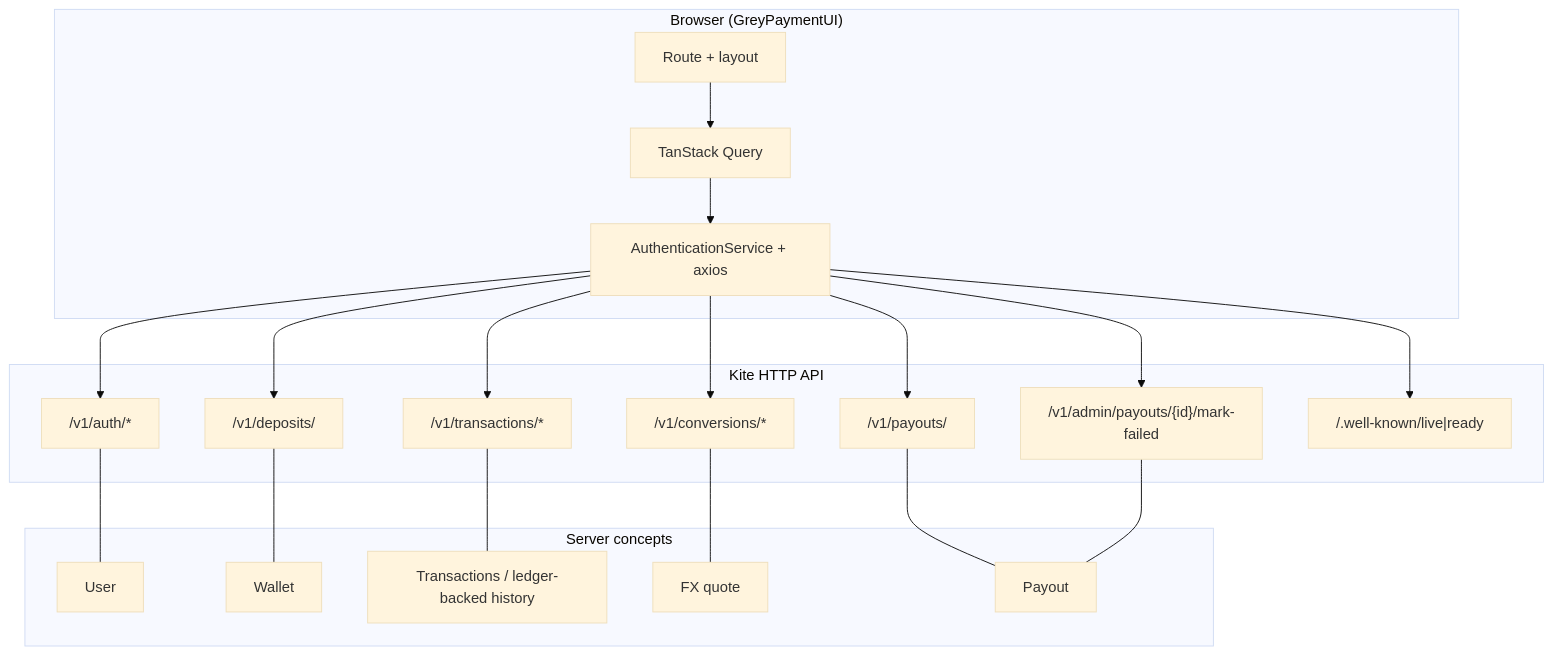
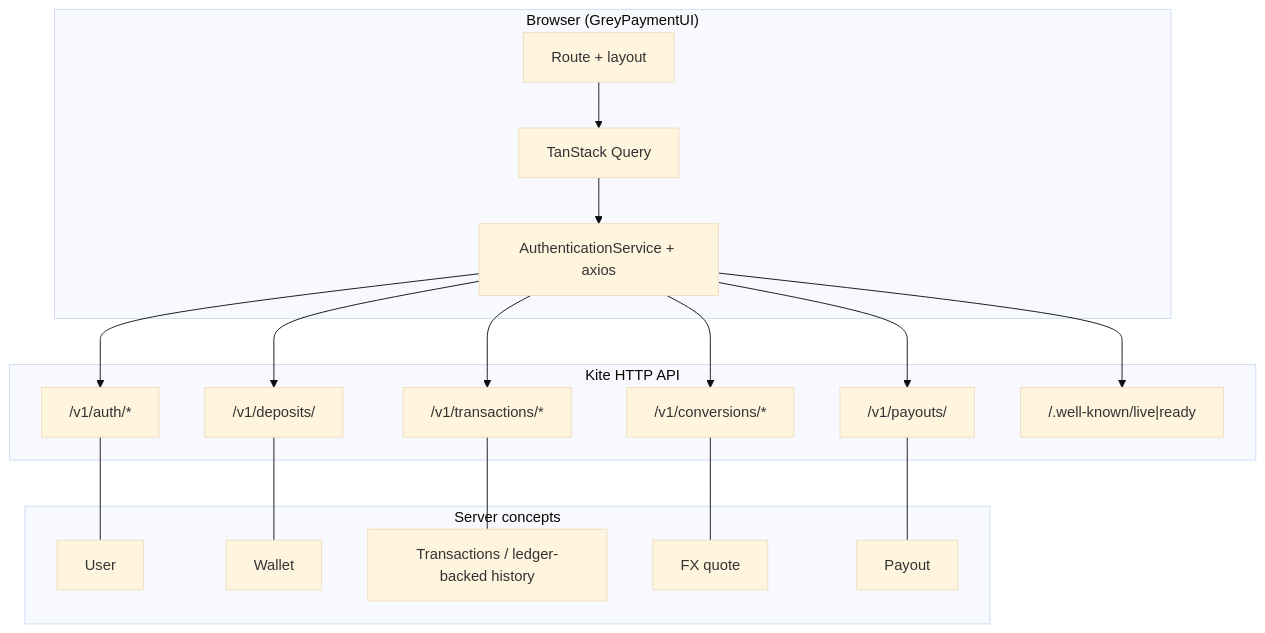
One commit to dolapo098/kite_ui changed the diagram in README.md. Above: the diagram before and after it, drawn with Mermaid (base theme). The commit also changed other lines of this file and 5 other files, not shown here.

````diff
--- a/README.md
+++ b/README.md
@@ -50,43 +96,40 @@
 ```mermaid
 flowchart TB
   subgraph Browser["Browser (GreyPaymentUI)"]
     RS[Route + layout]
     RQ[TanStack Query]
     SVC[AuthenticationService + axios]
     RS --> RQ
     RQ --> SVC
   end
 
   subgraph API["Kite HTTP API"]
     A1["/v1/auth/*"]
     A2["/v1/deposits/"]
     A3["/v1/conversions/*"]
     A4["/v1/payouts/"]
-    A5["/v1/admin/payouts/{id}/mark-failed"]
     A6["/v1/transactions/*"]
     H["/.well-known/live|ready"]
   end
 
   SVC --> A1
   SVC --> A2
   SVC --> A3
   SVC --> A4
-  SVC --> A5
   SVC --> A6
   SVC --> H
 
   subgraph Entities["Server concepts"]
     U[User]
     W[Wallet]
     LT[Transactions / ledger-backed history]
     Q[FX quote]
     P[Payout]
   end
 
   A1 --- U
   A2 --- W
   A3 --- Q
   A4 --- P
-  A5 --- P
   A6 --- LT
 ```
````
